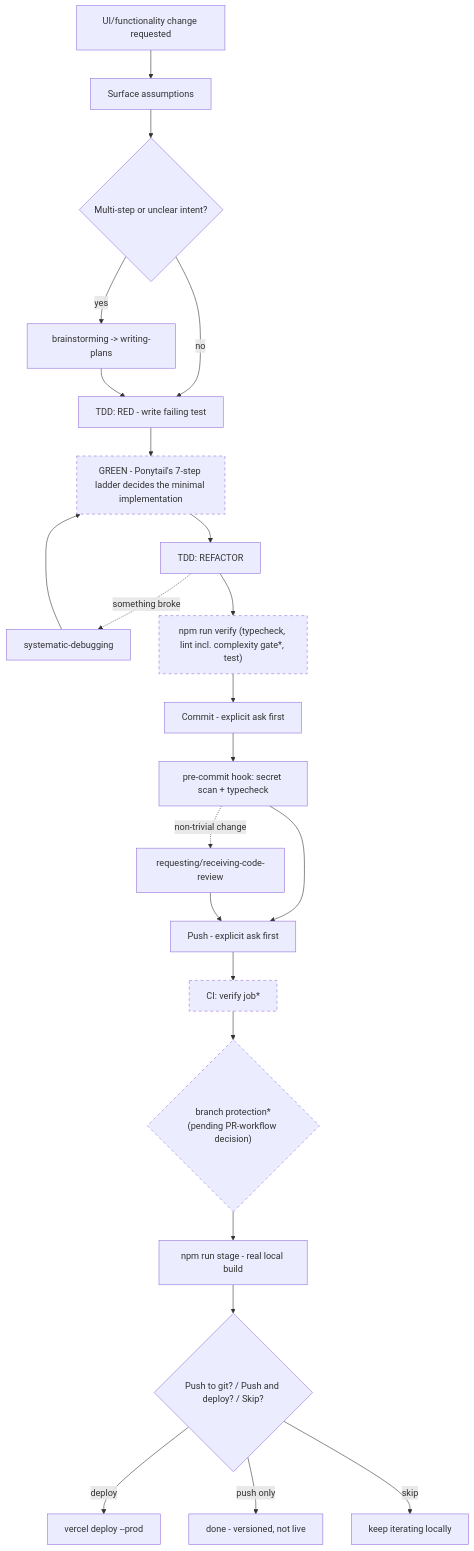
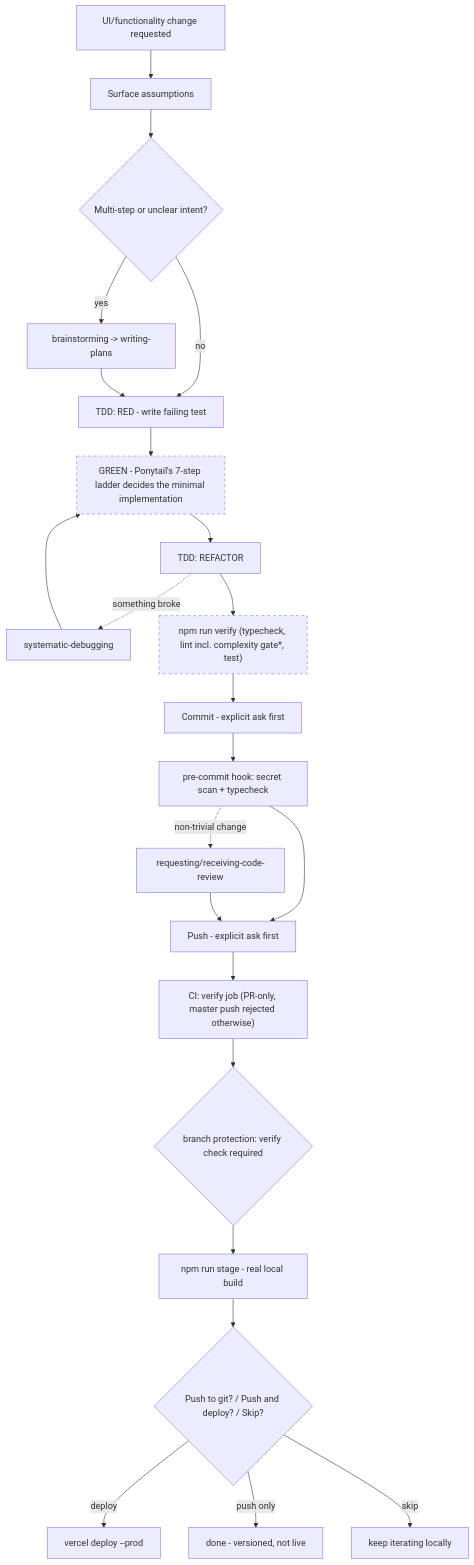
The diagram in docs/DEVELOPMENT_PROCESS.md (Tomekks/Music-tab-processor), drawn with Mermaid before and after one commit. The commit also changed other lines of this file and 3 other files, not shown here.

````diff
--- a/docs/DEVELOPMENT_PROCESS.md
+++ b/docs/DEVELOPMENT_PROCESS.md
@@ -83,28 +83,28 @@
 ```mermaid
 flowchart TD
     A[UI/functionality change requested] --> B[Surface assumptions]
     B --> C{Multi-step or unclear intent?}
     C -->|yes| D[brainstorming -> writing-plans]
     C -->|no| E
     D --> E[TDD: RED - write failing test]
     E --> F["GREEN - Ponytail's 7-step ladder decides the minimal implementation"]
     F --> G[TDD: REFACTOR]
     G -.->|something broke| SD[systematic-debugging]
     SD --> F
     G --> H["npm run verify (typecheck, lint incl. complexity gate*, test)"]
     H --> I[Commit - explicit ask first]
     I --> J[pre-commit hook: secret scan + typecheck]
     J -.->|non-trivial change| RC[requesting/receiving-code-review]
     J --> K[Push - explicit ask first]
     RC --> K
-    K --> L["CI: verify job*"]
-    L --> M{"branch protection*\n(pending PR-workflow decision)"}
+    K --> L["CI: verify job (PR-only, master push rejected otherwise)"]
+    L --> M{"branch protection: verify check required"}
     M --> N[npm run stage - real local build]
     N --> O{Push to git? / Push and deploy? / Skip?}
     O -->|deploy| P[vercel deploy --prod]
     O -->|push only| Q[done - versioned, not live]
     O -->|skip| R[keep iterating locally]
 
     classDef planned stroke-dasharray: 5 5;
-    class F,H,L,M planned;
+    class F,H planned;
 ```
````
